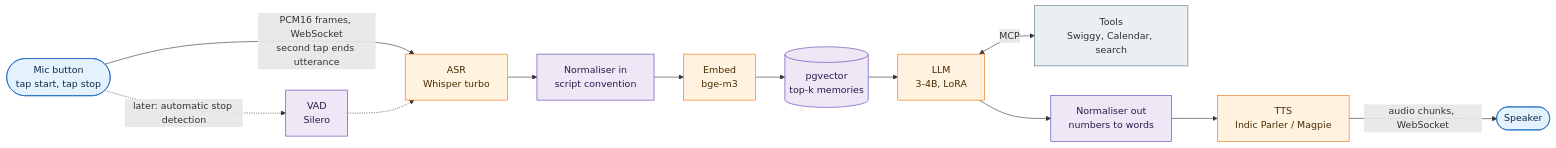
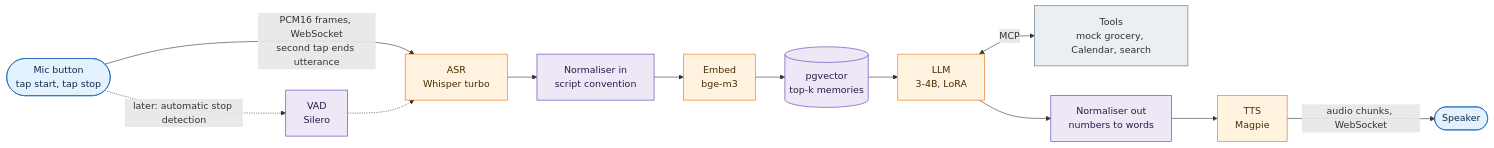
Before and after one commit to Analyst-Harsh/Fryday: the first of 15 diagrams in docs/specs/2026-10-04-fryday-architecture.md, drawn with Mermaid. The commit also changed other lines of this file and 17 other files, not shown here.

First line of the commit message:
docs: HLD v4 decisions and phased implementation roadmap

````diff
--- a/docs/specs/2026-10-04-fryday-architecture.md
+++ b/docs/specs/2026-10-04-fryday-architecture.md
@@ -148,23 +148,23 @@
 ```mermaid
 flowchart LR
     MIC([Mic button<br/>tap start, tap stop]) -->|PCM16 frames, WebSocket<br/>second tap ends utterance| ASR[ASR<br/>Whisper turbo]
     MIC -.->|later: automatic stop detection| VAD[VAD<br/>Silero]
     VAD -.-> ASR
     ASR --> NORM[Normaliser in<br/>script convention]
     NORM --> EMB[Embed<br/>bge-m3]
     EMB --> PGV[(pgvector<br/>top-k memories)]
     PGV --> LLM[LLM<br/>3-4B, LoRA]
-    LLM <-->|MCP| TOOLS[Tools<br/>Swiggy, Calendar, search]
+    LLM <-->|MCP| TOOLS[Tools<br/>mock grocery, Calendar, search]
     LLM --> NORM2[Normaliser out<br/>numbers to words]
-    NORM2 --> TTS[TTS<br/>Indic Parler / Magpie]
+    NORM2 --> TTS[TTS<br/>Magpie]
     TTS -->|audio chunks, WebSocket| SPK([Speaker])
 
     classDef browser fill:#e3f2fd,stroke:#1565c0,color:#0d2a4a
     classDef app fill:#ede7f6,stroke:#5e35b1,color:#2a1a4a
     classDef model fill:#fff3e0,stroke:#ef6c00,color:#4a2a00
     classDef ext fill:#eceff1,stroke:#546e7a,color:#263238
     class MIC,SPK browser
     class VAD,NORM,NORM2,PGV app
     class ASR,EMB,LLM,TTS model
     class TOOLS ext
 ```
````
